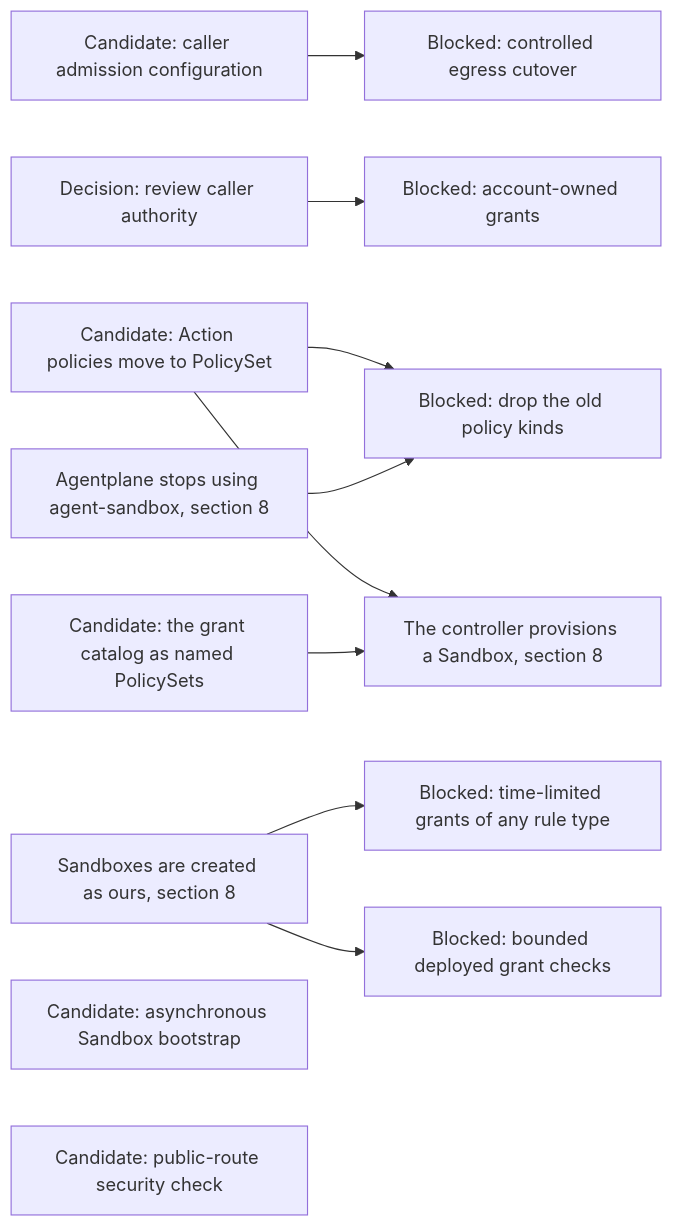
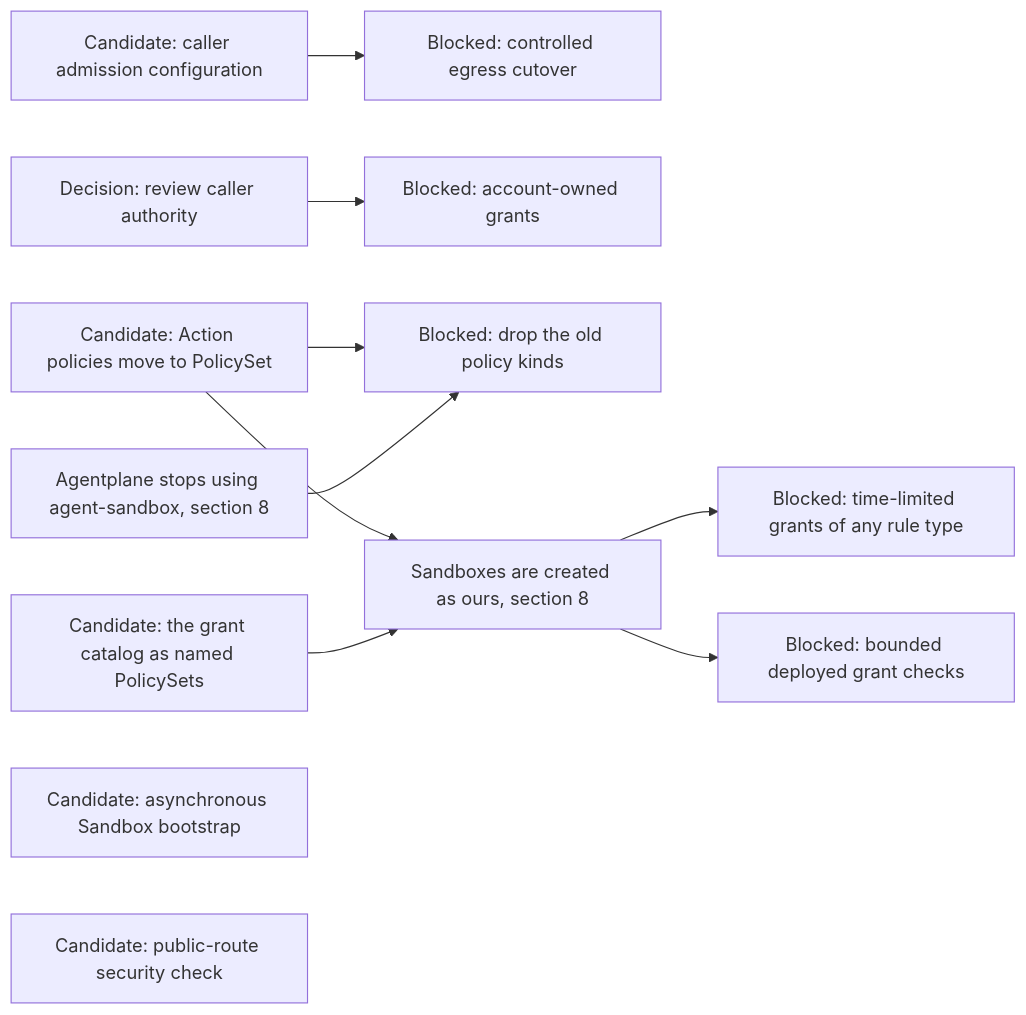
Before and after one commit to agentydragon/ducktape: the eighth of 15 diagrams in agentplane/plans/task_dag.md, drawn with Mermaid. The commit also changed other lines of this file and 14 other files, not shown here.

````diff
--- a/agentplane/plans/task_dag.md
+++ b/agentplane/plans/task_dag.md
@@ -468,16 +468,16 @@
 ```mermaid
 flowchart LR
     PC_EGRESS_CREDENTIALS[Candidate: caller admission configuration] --> PC_EGRESS[Blocked: controlled egress cutover]
     CLAUDE_AI_SA[Decision: review caller authority] --> MANAGED_SA_RBAC[Blocked: account-owned grants]
     ACTION_POLICY_MIGRATE[Candidate: Action policies move to PolicySet]
     ACTION_POLICY_MIGRATE --> OLD_POLICY_KINDS_DROP[Blocked: drop the old policy kinds]
     KUBERNETES_POLICY_SETS[Candidate: the grant catalog as named PolicySets]
-    ACTION_POLICY_MIGRATE --> SANDBOX_CONTROLLER_PROVISIONING[The controller provisions a Sandbox, section 8]
-    KUBERNETES_POLICY_SETS --> SANDBOX_CONTROLLER_PROVISIONING
-    SANDBOX_CREATE_CUTOVER[Sandboxes are created as ours, section 8] --> POLICY_RUNTIME_GRANTS[Blocked: time-limited grants of any rule type]
+    ACTION_POLICY_MIGRATE --> SANDBOX_CREATE_CUTOVER[Sandboxes are created as ours, section 8]
+    KUBERNETES_POLICY_SETS --> SANDBOX_CREATE_CUTOVER
+    SANDBOX_CREATE_CUTOVER --> POLICY_RUNTIME_GRANTS[Blocked: time-limited grants of any rule type]
     SANDBOX_CREATE_CUTOVER --> SANDBOX_RBAC
     AGENT_SANDBOX_RETIRE[Agentplane stops using agent-sandbox, section 8] --> OLD_POLICY_KINDS_DROP
     BOOTSTRAP_PROGRESS_CONTRACT[Candidate: asynchronous Sandbox bootstrap]
     SANDBOX_RBAC[Blocked: bounded deployed grant checks]
     NOTIFICATION_INGRESS_BOUNDARY[Candidate: public-route security check]
 ```
````
